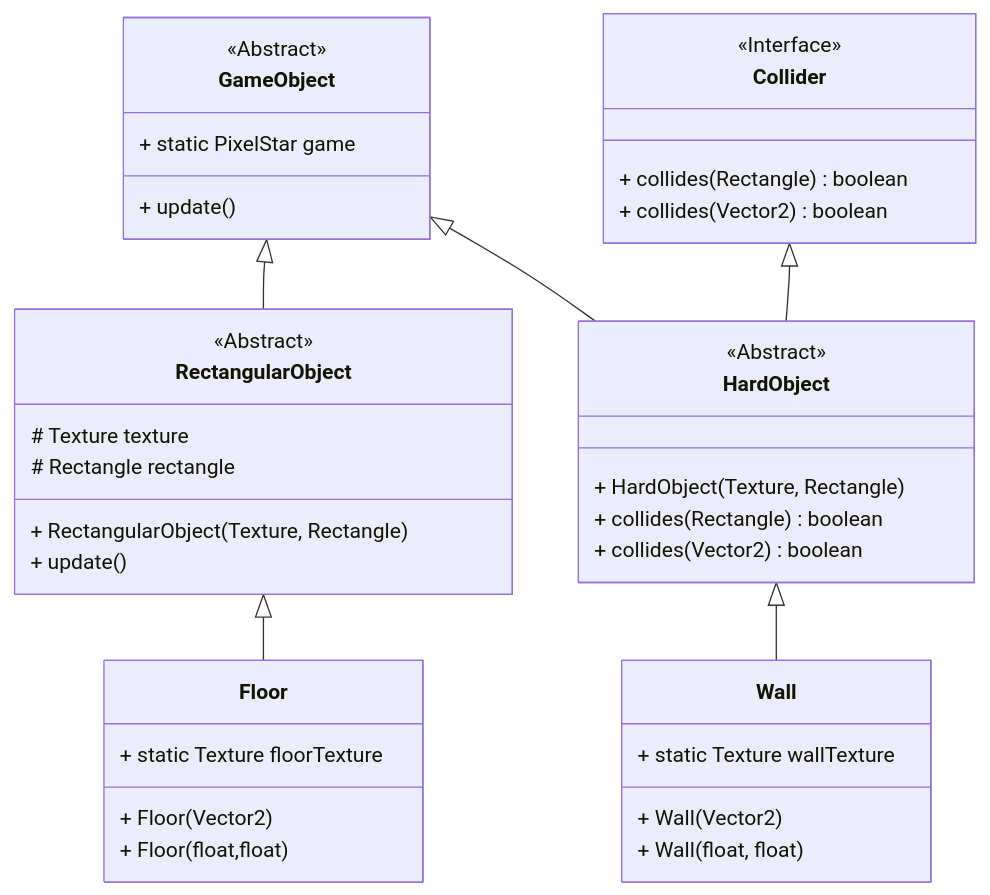
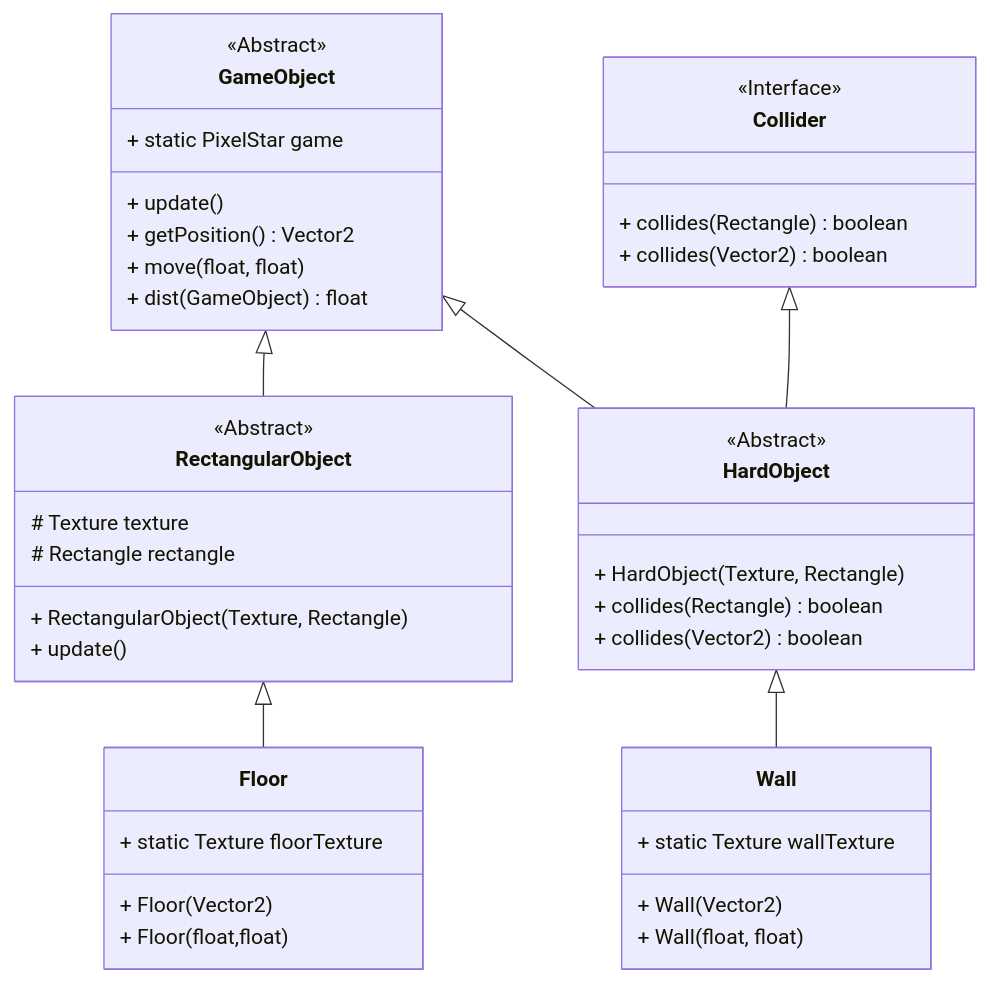
The diagram in core/src/com/pixelstar/gameobject/README.md (StrangeClone/PixelStars), drawn with Mermaid before and after one commit. The commit also changed 10 other files, not shown here.

````diff
--- a/core/src/com/pixelstar/gameobject/README.md
+++ b/core/src/com/pixelstar/gameobject/README.md
@@ -6,41 +6,44 @@
 ```mermaid
 classDiagram
 class GameObject {
     <<Abstract>>
     + static PixelStar game
     + update()
+    + getPosition() Vector2
+    + move(float, float)
+    + dist(GameObject) float
 }
 class RectangularObject {
     <<Abstract>>
     # Texture texture
     # Rectangle rectangle
     + RectangularObject(Texture, Rectangle)
     + update()
 }
 GameObject <|-- RectangularObject
 class Floor {
     + static Texture floorTexture
     + Floor(Vector2)
     + Floor(float,float)
 }
 RectangularObject <|-- Floor
 class Collider {
     <<Interface>>
     + collides(Rectangle) boolean
     + collides(Vector2) boolean
 }
 class HardObject {
     <<Abstract>>
     + HardObject (Texture, Rectangle)
     + collides(Rectangle) boolean
     + collides(Vector2) boolean
 }
 GameObject <|-- HardObject
 Collider <|-- HardObject
 class Wall {
     + static Texture wallTexture
     + Wall(Vector2)
     + Wall(float, float)
 }
 HardObject <|-- Wall
 ```
````
